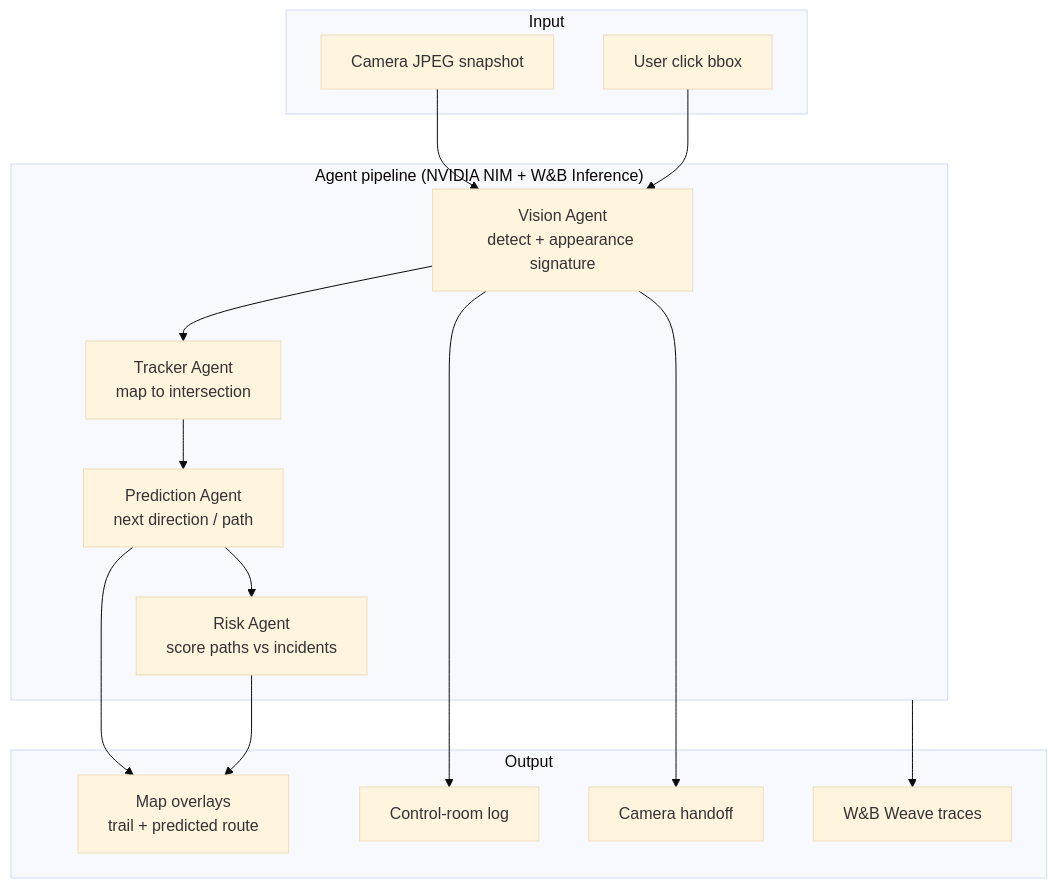
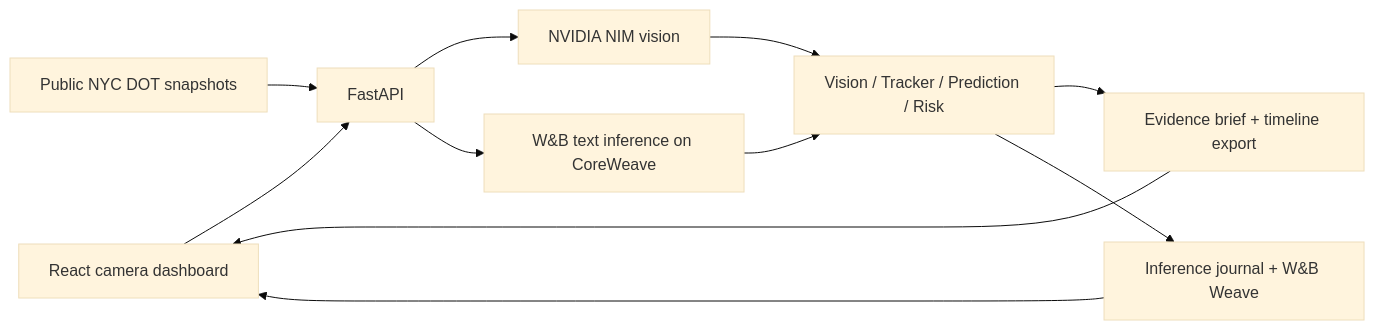
Before and after one commit to Subhradeep246/watcher: the diagram in README.md, drawn with Mermaid (base theme). The commit also changed other lines of this file and 28 other files, not shown here.

Commit message:
Add evidence briefs and CoreWeave inference logs with tested model fallback

````diff
--- a/README.md
+++ b/README.md
@@ -85,30 +43,13 @@
 ```mermaid
-flowchart TB
-    subgraph Input
-        IMG[Camera JPEG snapshot]
-        CLICK[User click bbox]
-    end
-
-    subgraph Agents["Agent pipeline (NVIDIA NIM + W&B Inference)"]
-        V[Vision Agent<br/>detect + appearance signature]
-        T[Tracker Agent<br/>map to intersection]
-        P[Prediction Agent<br/>next direction / path]
-        R[Risk Agent<br/>score paths vs incidents]
-    end
-
-    subgraph Output
-        MAP[Map overlays<br/>trail + predicted route]
-        LOG[Control-room log]
-        HAND[Camera handoff]
-        WEAVE[W&B Weave traces]
-    end
-
-    IMG --> V
-    CLICK --> V
-    V --> T --> P --> R
-    V --> HAND
-    P --> MAP
-    V --> LOG
-    R --> MAP
-    Agents --> WEAVE
+flowchart LR
+    UI[React camera dashboard] --> API[FastAPI]
+    DOT[Public NYC DOT snapshots] --> API
+    API --> NIM[NVIDIA NIM vision]
+    API --> WB[W&B text inference on CoreWeave]
+    NIM --> Agents[Vision / Tracker / Prediction / Risk]
+    WB --> Agents
+    Agents --> Brief[Evidence brief + timeline export]
+    Agents --> Journal[Inference journal + W&B Weave]
+    Brief --> UI
+    Journal --> UI
 ```
````
